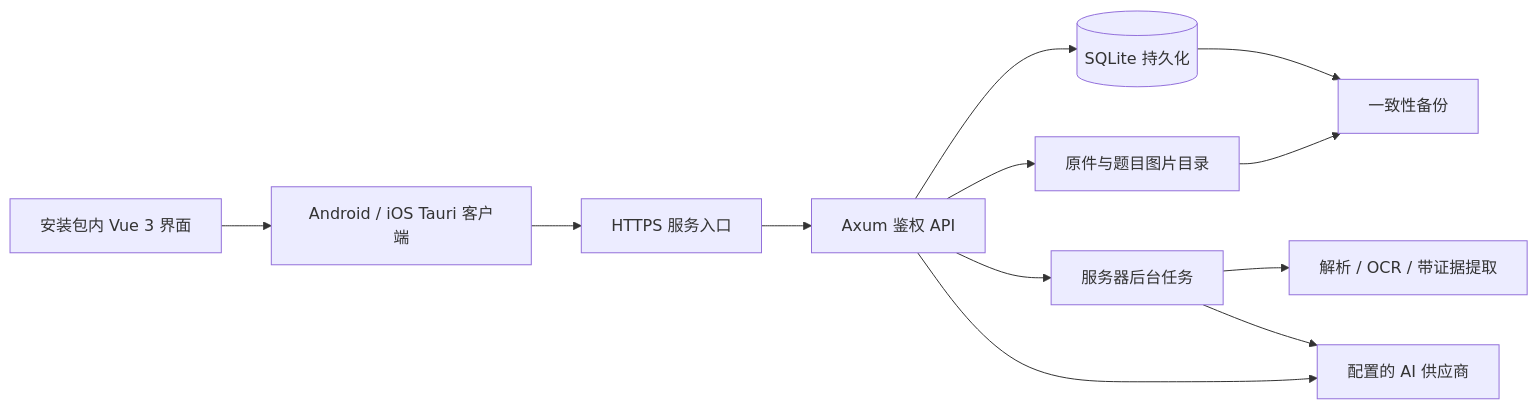
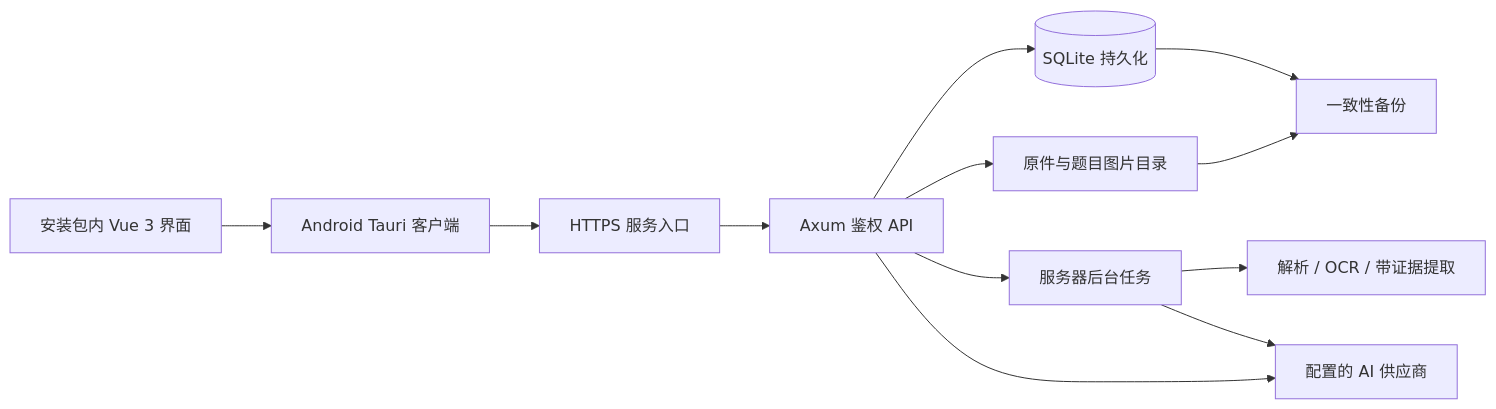
One commit to michaell2006727/Brush-the-questions changed the diagram in PRD.md. Above: the diagram before and after it, drawn with Mermaid. The commit also changed other lines of this file and 3 other files, not shown here.

````diff
--- a/PRD.md
+++ b/PRD.md
@@ -512,14 +514,14 @@
 ```mermaid
 flowchart LR
-  C[安装包内 Vue 3 界面] --> A[Android / iOS Tauri 客户端]
+  C[安装包内 Vue 3 界面] --> A[Android Tauri 客户端]
   A --> B[HTTPS 服务入口]
   B --> D[Axum 鉴权 API]
   D --> E[(SQLite 持久化)]
   D --> F[原件与题目图片目录]
   D --> G[服务器后台任务]
   G --> H[解析 / OCR / 带证据提取]
   G --> I[配置的 AI 供应商]
   D --> I
   E --> J[一致性备份]
   F --> J
 ```
````
